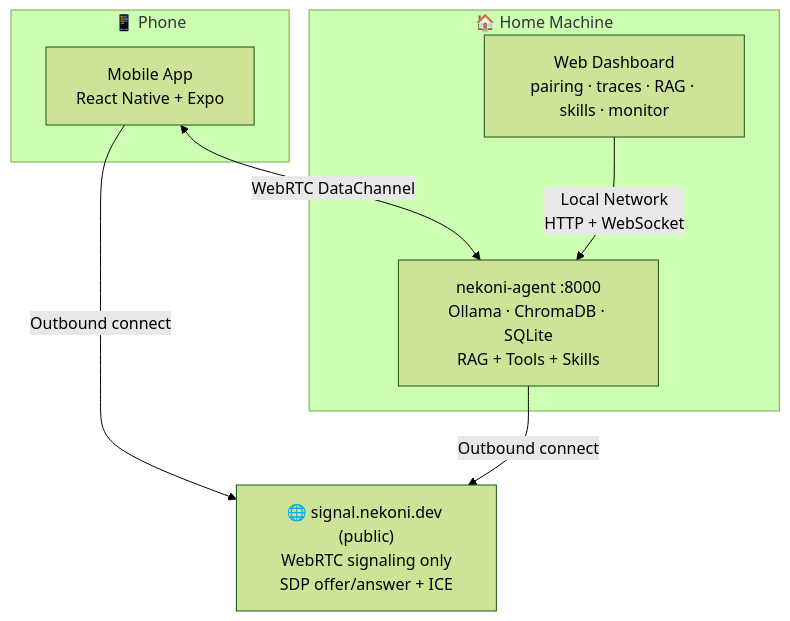
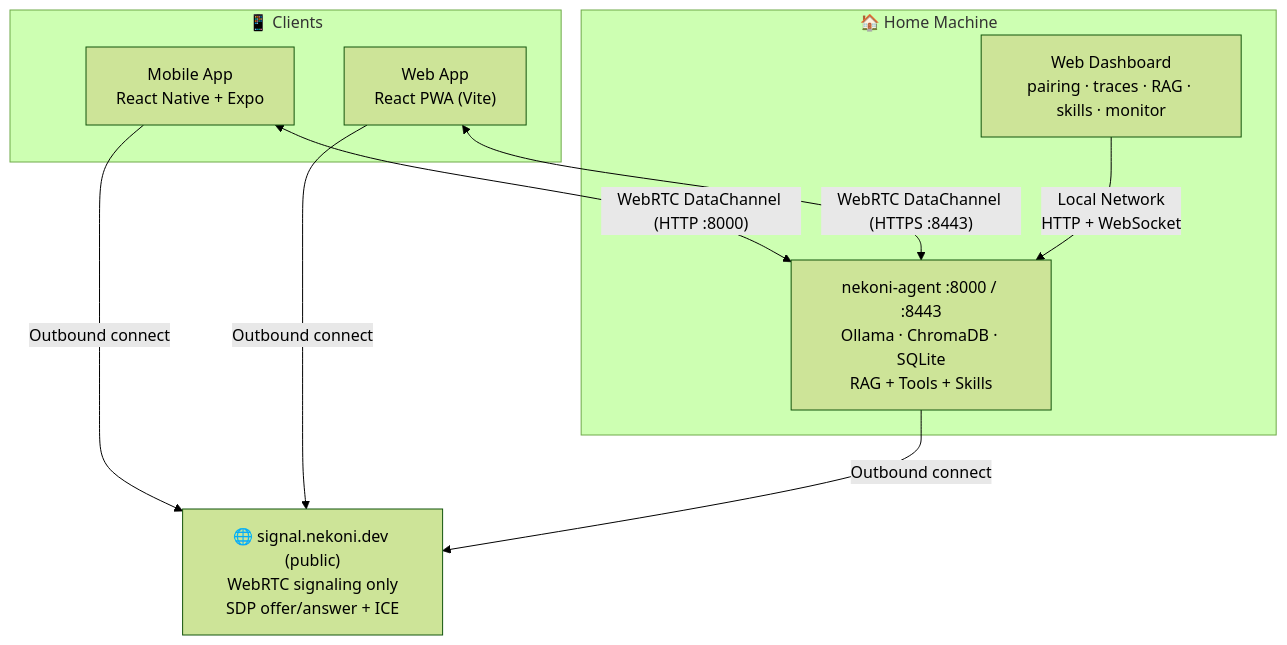
The first of 3 diagrams in README.md (nekonihq/nekoni), drawn with Mermaid (forest theme) before and after one commit. The commit also changed other lines of this file and 32 other files, not shown here.

Commit message:
web app added

````diff
--- a/README.md
+++ b/README.md
@@ -9,18 +9,21 @@
 ```mermaid
 graph TD
     SIG["🌐 signal.nekoni.dev (public)\nWebRTC signaling only\nSDP offer/answer + ICE"]
 
-    subgraph PHONE ["📱 Phone"]
+    subgraph CLIENTS ["📱 Clients"]
         MOBILE["Mobile App\nReact Native + Expo"]
+        WEB["Web App\nReact PWA (Vite)"]
     end
 
     subgraph HOME ["🏠 Home Machine"]
-        AGENT["nekoni-agent :8000\nOllama · ChromaDB · SQLite\nRAG + Tools + Skills"]
+        AGENT["nekoni-agent :8000 / :8443\nOllama · ChromaDB · SQLite\nRAG + Tools + Skills"]
         DASH["Web Dashboard\npairing · traces · RAG · skills · monitor"]
     end
 
     MOBILE -- "Outbound connect" --> SIG
+    WEB -- "Outbound connect" --> SIG
     AGENT -- "Outbound connect" --> SIG
-    MOBILE <-- "WebRTC DataChannel" --> AGENT
+    MOBILE <-- "WebRTC DataChannel (HTTP :8000)" --> AGENT
+    WEB <-- "WebRTC DataChannel (HTTPS :8443)" --> AGENT
     DASH -- "Local Network\nHTTP + WebSocket" --> AGENT
 ```
````
